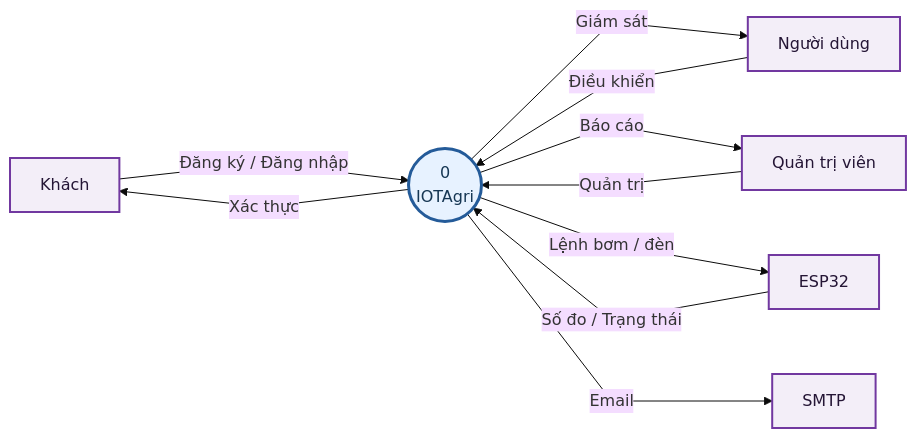
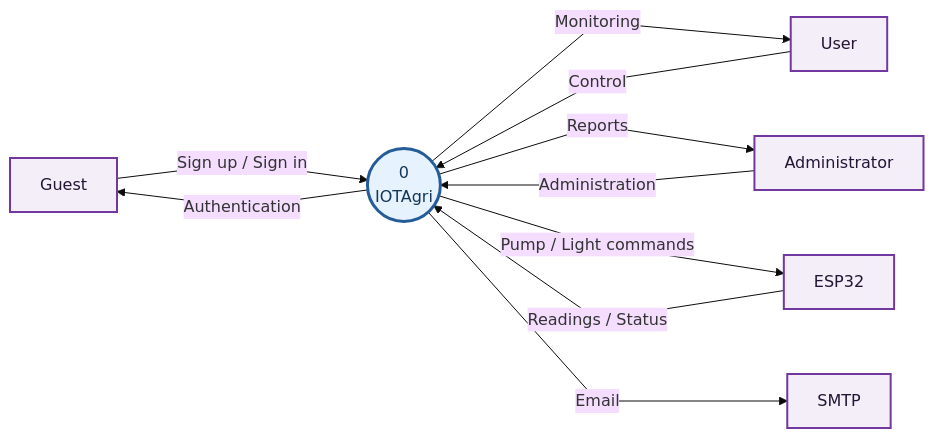
The diagram in docs/diagrams/system-context.mmd (huuanh1411/IOTAgri), drawn with Mermaid before and after one commit. The commit also changed 13 other files, not shown here.

Commit message:
docs: translate all diagram labels to English

```diff
--- a/docs/diagrams/system-context.mmd
+++ b/docs/diagrams/system-context.mmd
@@ -1,31 +1,31 @@
 ---
 config:
   theme: base
   flowchart:
     curve: linear
     htmlLabels: true
     nodeSpacing: 65
     rankSpacing: 120
 ---
 flowchart LR
-    Guest["Khách"]
-    User["Người dùng"]
+    Guest["Guest"]
+    User["User"]
     System(("0<br/>IOTAgri"))
-    Admin["Quản trị viên"]
+    Admin["Administrator"]
     ESP["ESP32"]
     SMTP["SMTP"]
 
-    Guest -->|"Đăng ký / Đăng nhập"| System
-    System -->|"Xác thực"| Guest
-    User -->|"Điều khiển"| System
-    System -->|"Giám sát"| User
-    Admin -->|"Quản trị"| System
-    System -->|"Báo cáo"| Admin
-    ESP -->|"Số đo / Trạng thái"| System
-    System -->|"Lệnh bơm / đèn"| ESP
+    Guest -->|"Sign up / Sign in"| System
+    System -->|"Authentication"| Guest
+    User -->|"Control"| System
+    System -->|"Monitoring"| User
+    Admin -->|"Administration"| System
+    System -->|"Reports"| Admin
+    ESP -->|"Readings / Status"| System
+    System -->|"Pump / Light commands"| ESP
     System -->|"Email"| SMTP
 
     classDef external fill:#f3eef8,stroke:#7138a0,stroke-width:2px,color:#241535;
     classDef system fill:#e7f2ff,stroke:#245b99,stroke-width:3px,color:#163754;
     class Guest,User,Admin,ESP,SMTP external;
     class System system;
```
